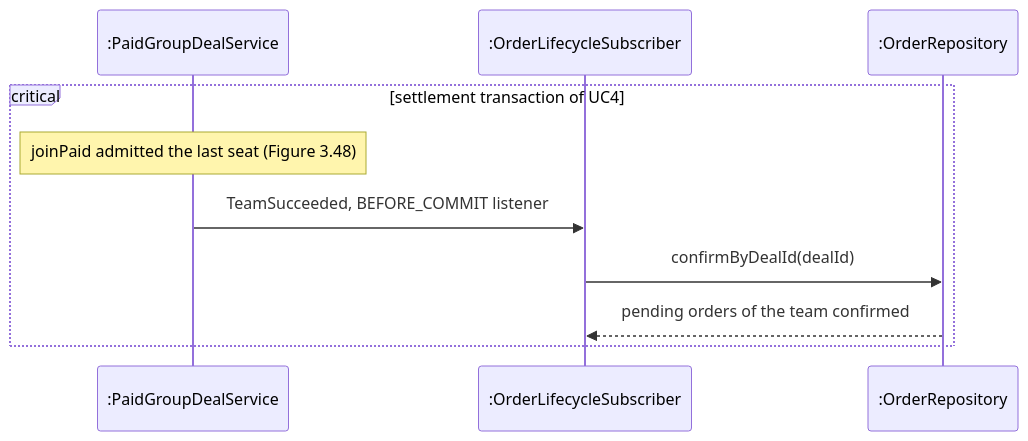
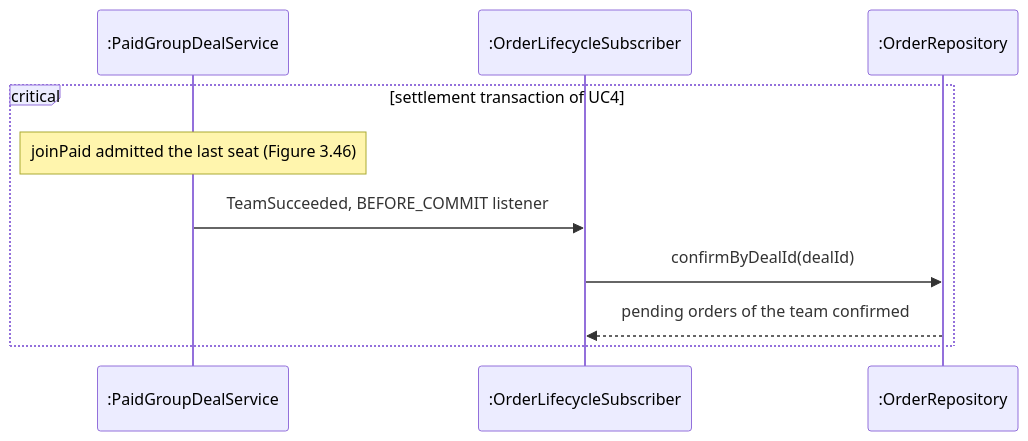
Before and after one commit to PPsyrius/iss-groupbuy-team8: diagram 16 of 17 in docs/swe5006/report/sections/03-4-5-liu-jin.md, drawn with Mermaid. The commit also changed other lines of this file and 19 other files, not shown here.

````diff
--- a/docs/swe5006/report/sections/03-4-5-liu-jin.md
+++ b/docs/swe5006/report/sections/03-4-5-liu-jin.md
@@ -795,12 +795,12 @@
 ```mermaid
 sequenceDiagram
     participant S as :PaidGroupDealService
     participant O as :OrderLifecycleSubscriber
     participant Y as :OrderRepository
     critical settlement transaction of UC4
-        Note over S: joinPaid admitted the last seat (Figure 3.48)
+        Note over S: joinPaid admitted the last seat (Figure 3.46)
         S->>O: TeamSucceeded, BEFORE_COMMIT listener
         O->>Y: confirmByDealId(dealId)
         Y-->>O: pending orders of the team confirmed
     end
 ```
````
